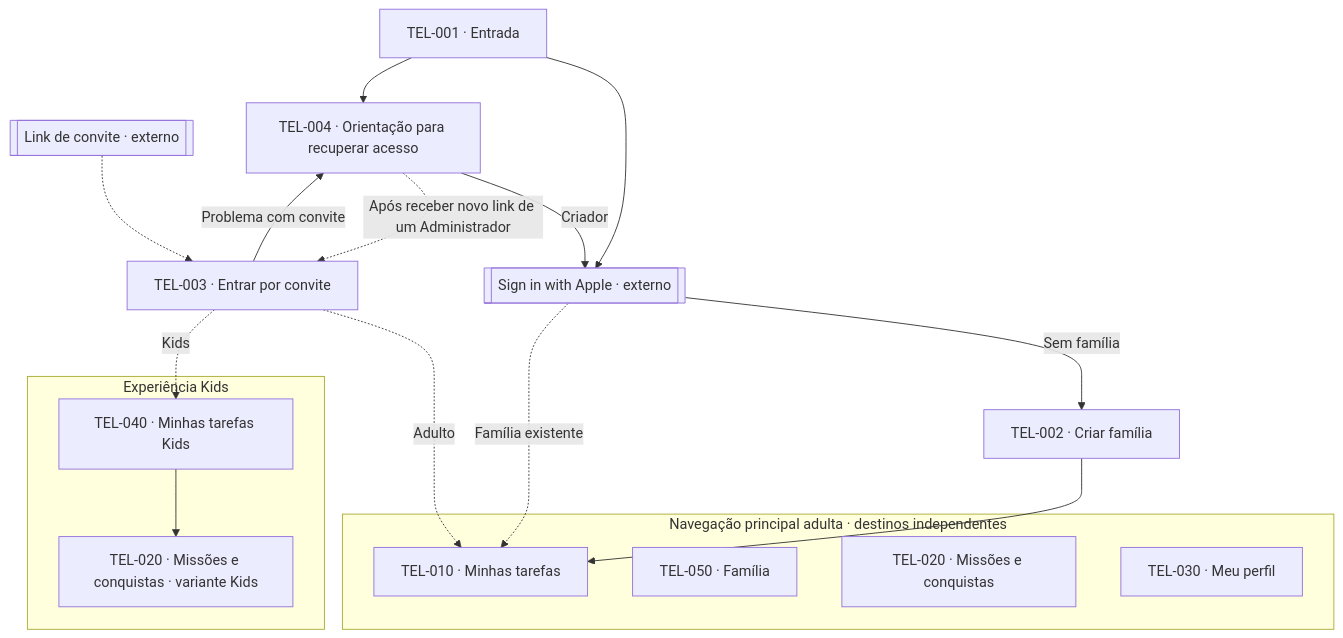
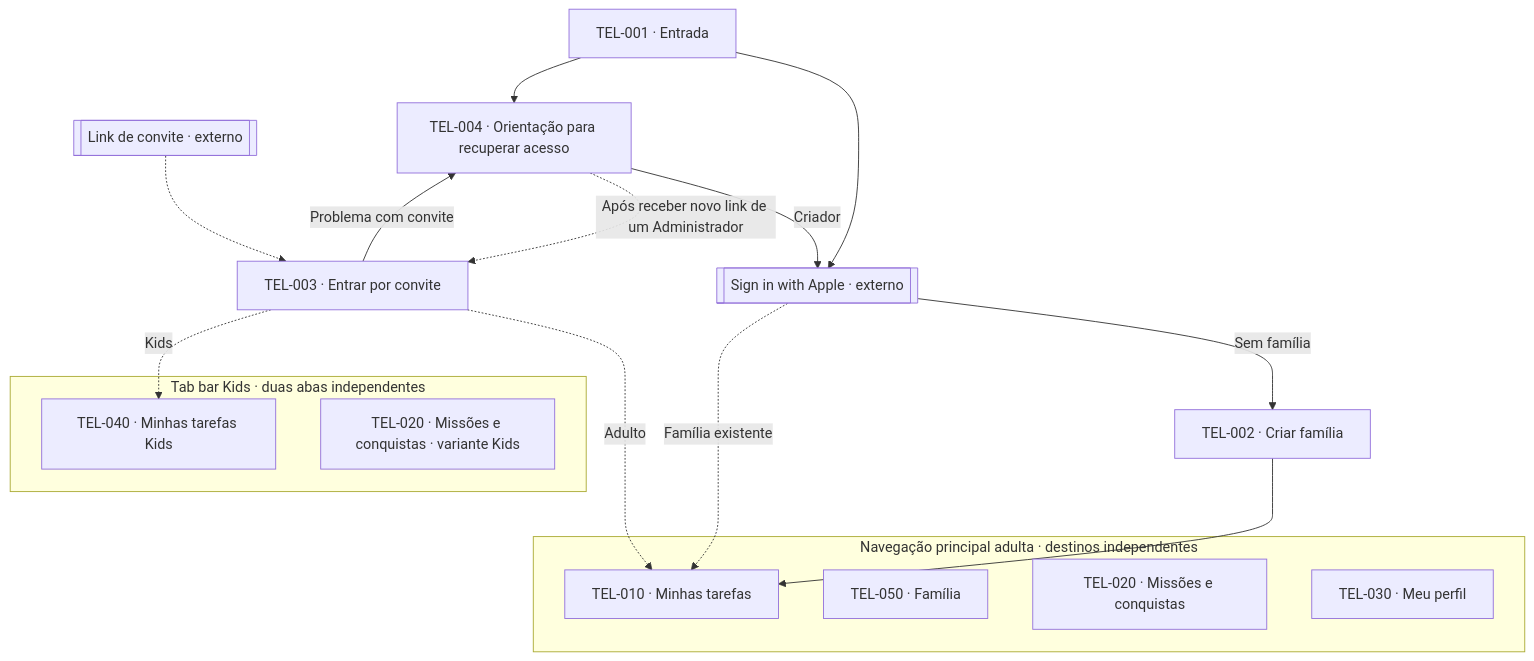
Before and after one commit to lizandramalta/App-Rotina-Familiar: the first of 6 diagrams in docs/design/screen-map.md, drawn with Mermaid. The commit also changed other lines of this file and 21 other files, not shown here.

````diff
--- a/docs/design/screen-map.md
+++ b/docs/design/screen-map.md
@@ -26,31 +26,30 @@
 ```mermaid
 flowchart TD
     T001["TEL-001 · Entrada"]
     Apple[["Sign in with Apple · externo"]]
     T002["TEL-002 · Criar família"]
     Link[["Link de convite · externo"]]
     T003["TEL-003 · Entrar por convite"]
     T004["TEL-004 · Orientação para recuperar acesso"]
     subgraph Adultos["Navegação principal adulta · destinos independentes"]
       T010["TEL-010 · Minhas tarefas"]
       T050["TEL-050 · Família"]
       T020["TEL-020 · Missões e conquistas"]
       T030["TEL-030 · Meu perfil"]
     end
-    subgraph Kids["Experiência Kids"]
+    subgraph Kids["Tab bar Kids · duas abas independentes"]
       T040["TEL-040 · Minhas tarefas Kids"]
       KM["TEL-020 · Missões e conquistas · variante Kids"]
     end
     T001 --> Apple
     Apple -->|Sem família| T002
     Apple -.->|Família existente| T010
     T002 --> T010
     Link -.-> T003
     T003 -.->|Adulto| T010
     T003 -.->|Kids| T040
     T001 --> T004
     T003 -->|Problema com convite| T004
     T004 -->|Criador| Apple
     T004 -.->|Após receber novo link de um Administrador| T003
-    T040 --> KM
 ```
````
